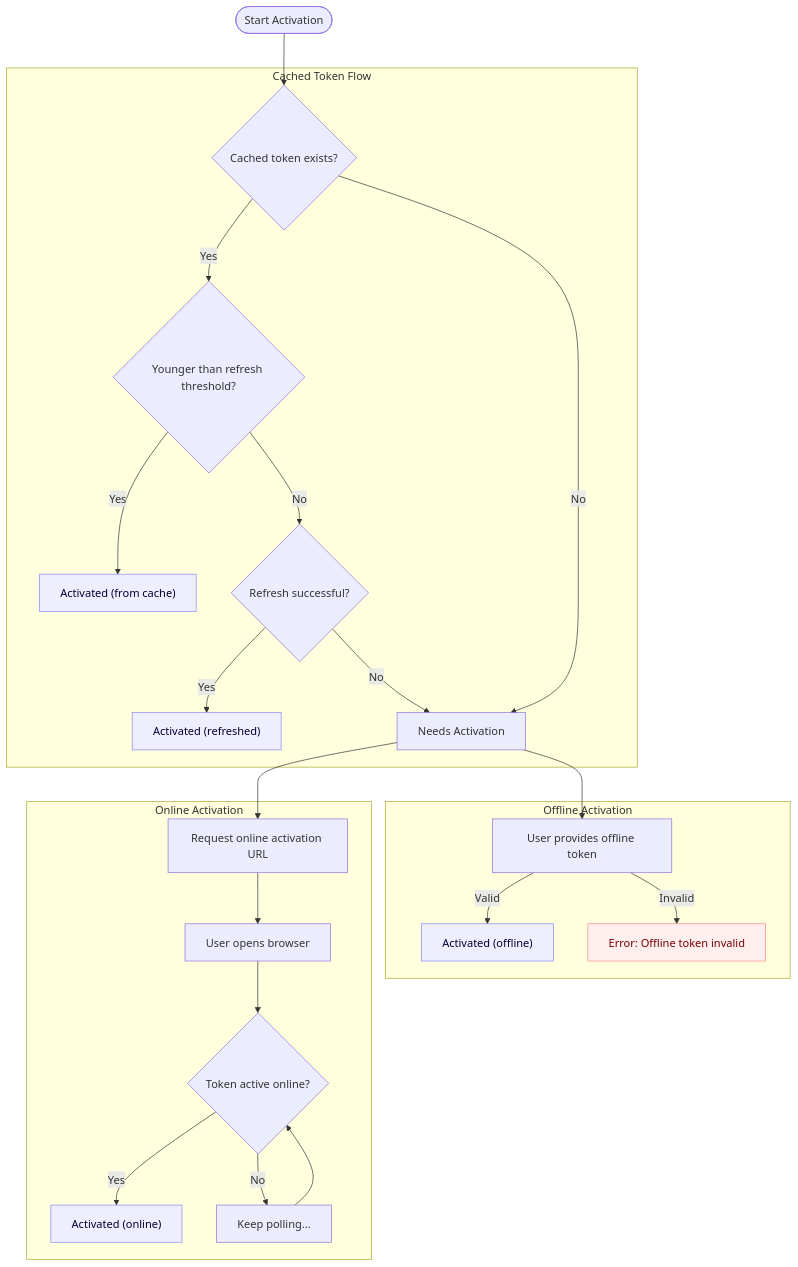
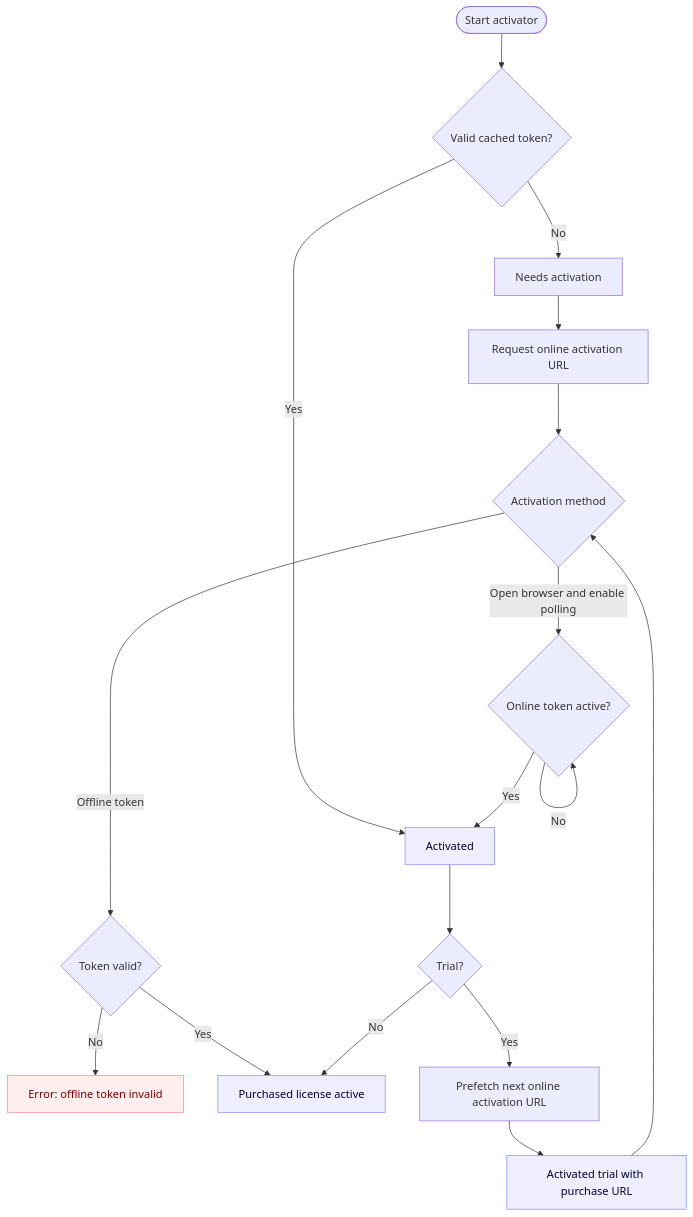
Before and after one commit to CrushedPixel/moonbase-licensing: the diagram in README.md, drawn with Mermaid. The commit also changed other lines of this file and 3 other files, not shown here.

Commit message:
Continue running worker after trial activation

````diff
--- a/README.md
+++ b/README.md
@@ -90,49 +106,29 @@
 ```mermaid
 ---
 config:
   layout: dagre
 ---
 flowchart TD
- subgraph CacheFlow["Cached Token Flow"]
-        C{"Cached token exists?"}
-        V{"Younger than refresh threshold?"}
-        Activated1["Activated (from cache)"]
-        R{"Refresh successful?"}
-        Activated2["Activated (refreshed)"]
-        NeedsAct["Needs Activation"]
-  end
- subgraph OfflineFlow["Offline Activation"]
-        Offline["User provides offline token"]
-        Activated3["Activated (offline)"]
-        Err1["Error: Offline token invalid"]
-  end
- subgraph OnlineFlow["Online Activation"]
-        Online["Request online activation URL"]
-        URL["User opens browser"]
-        Poll{"Token active online?"}
-        Activated4["Activated (online)"]
-        Wait["Keep polling..."]
-  end
-    C -- Yes --> V
-    V -- Yes --> Activated1
-    V -- No --> R
-    R -- Yes --> Activated2
-    R -- No --> NeedsAct
-    C -- No --> NeedsAct
-    NeedsAct --> Offline & Online
-    Offline -- Valid --> Activated3
-    Offline -- Invalid --> Err1
-    Online --> URL
-    URL --> Poll
-    Poll -- Yes --> Activated4
-    Poll -- No --> Wait
-    Wait --> Poll
-    Start(["Start Activation"]) --> C
-     Activated1:::state
-     Activated2:::state
-     Activated3:::state
-     Err1:::err
-     Activated4:::state
+    Start(["Start activator"]) --> Cache{"Valid cached token?"}
+    Cache -- No --> Needs["Needs activation"]
+    Cache -- Yes --> Activated["Activated"]
+    Needs --> Request["Request online activation URL"]
+    Request --> Choice{"Activation method"}
+    Choice -- Offline token --> Offline{"Token valid?"}
+    Offline -- No --> Error["Error: offline token invalid"]
+    Offline -- Yes --> Paid
+    Choice -- Open browser and enable polling --> Poll{"Online token active?"}
+    Poll -- No --> Poll
+    Poll -- Yes --> Activated
+    Activated --> Trial{"Trial?"}
+    Trial -- No --> Paid["Purchased license active"]
+    Trial -- Yes --> Prefetch["Prefetch next online activation URL"]
+    Prefetch --> TrialUrl["Activated trial with purchase URL"]
+    TrialUrl --> Choice
+     Activated:::state
+     TrialUrl:::state
+     Paid:::state
+     Error:::err
     classDef state fill:#eef,stroke:#88f,color:#003
     classDef err fill:#fee,stroke:#f88,color:#700
 ```
````
